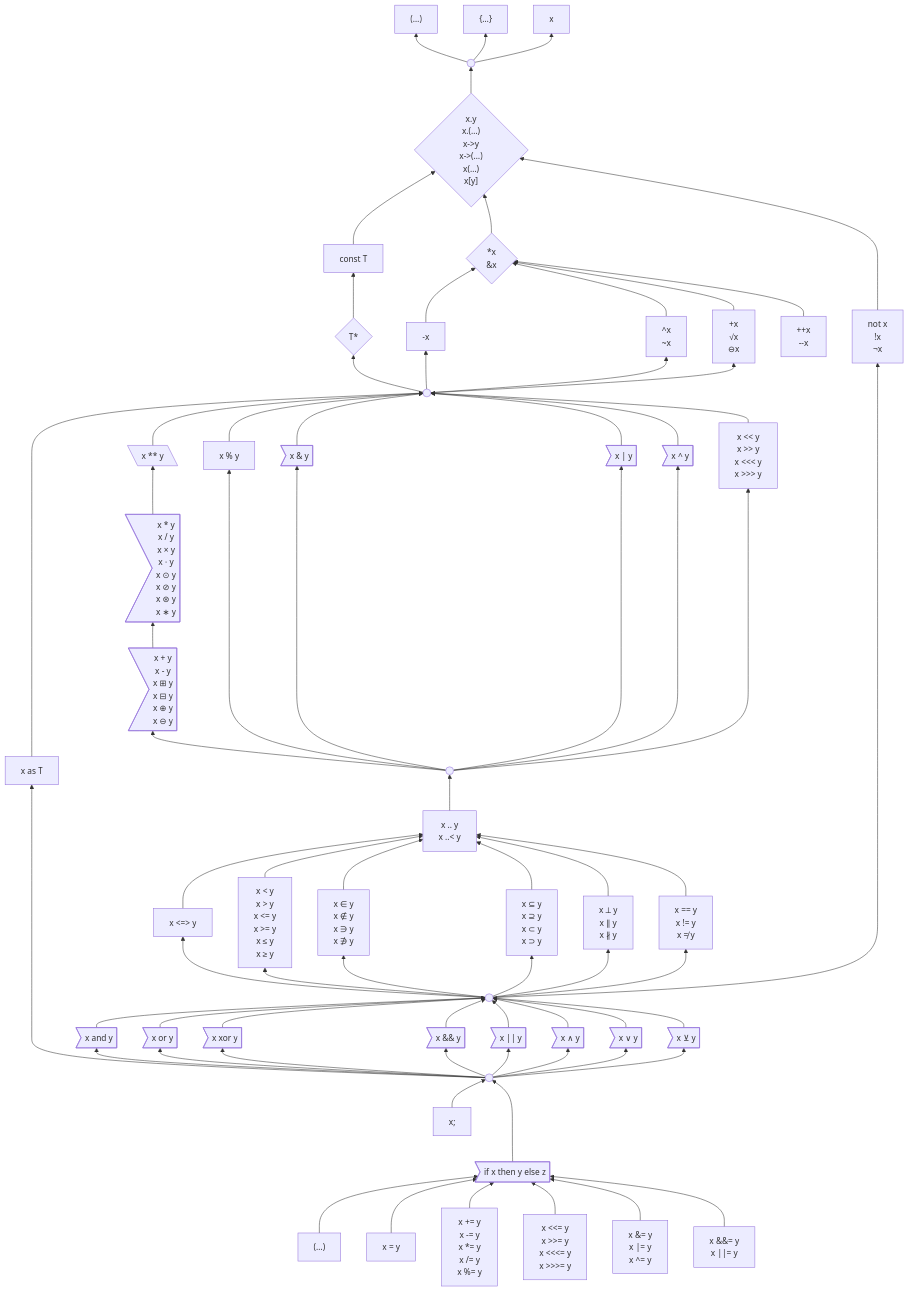
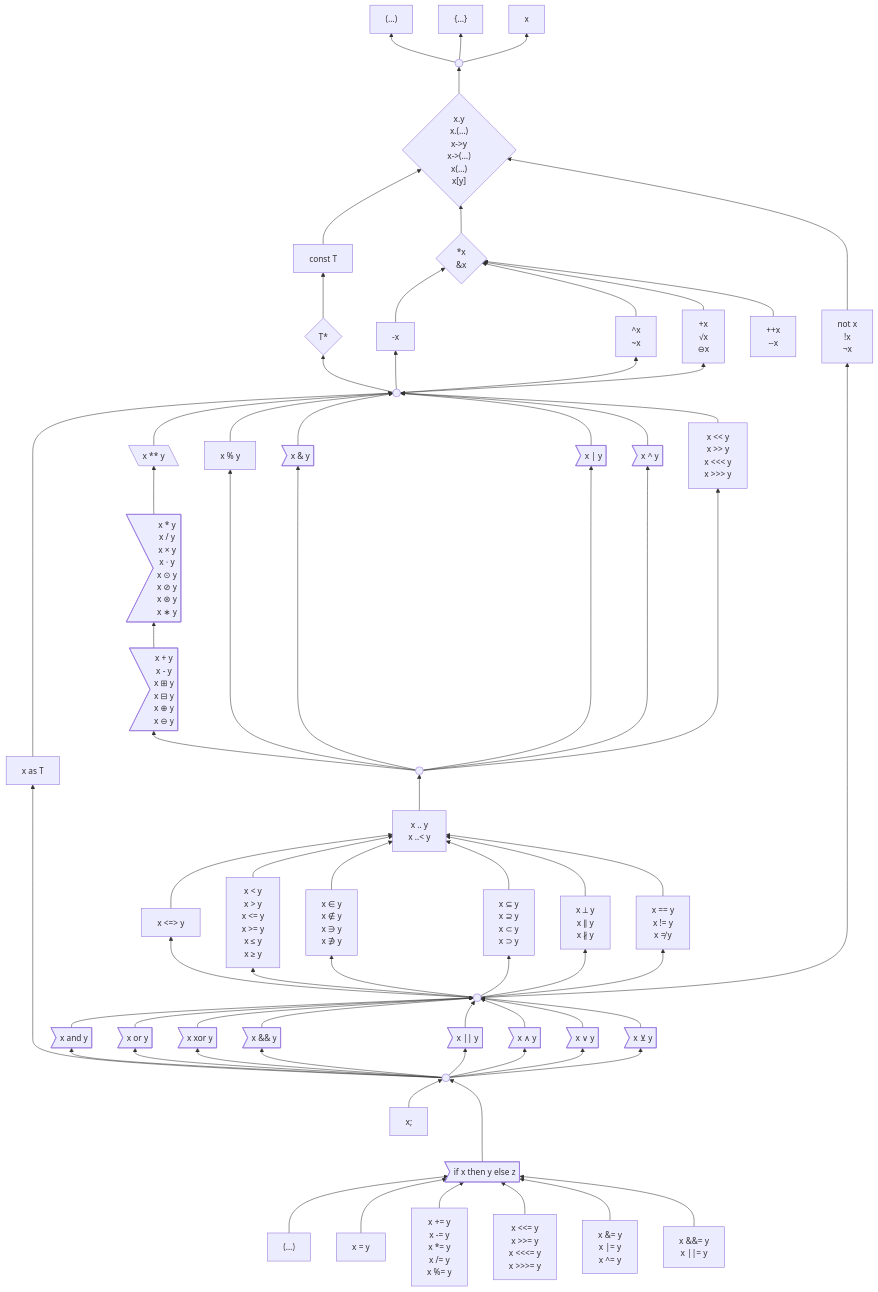
One commit to laro/Cilia changed the first of 2 diagrams in 6 .../2 Unfinished Ideas.md. Above: the diagram before and after it, drawn with Mermaid.

Commit message:
Update 2 Unfinished Ideas.md

```diff
--- a/6 .../2 Unfinished Ideas.md
+++ b/6 .../2 Unfinished Ideas.md
@@ -337,10 +337,6 @@
     threeWay & comparison & membership & subset & parallel & equality --> range
     logicalOperand --> threeWay & comparison & membership & subset & parallel & equality & not
 
-    %% This helps group the logical operators together
-    classDef hidden display: none;
-    HIDDEN:::hidden ~~~ logicalOperand
-
     and & or & xor & andAmp & orAmp & andSym & orSym & xorSym --> logicalOperand
     logicalExpression --> as & and & andAmp & andSym & xor & xorSym & or & orAmp & orSym
     expressionStatement --> logicalExpression
```
